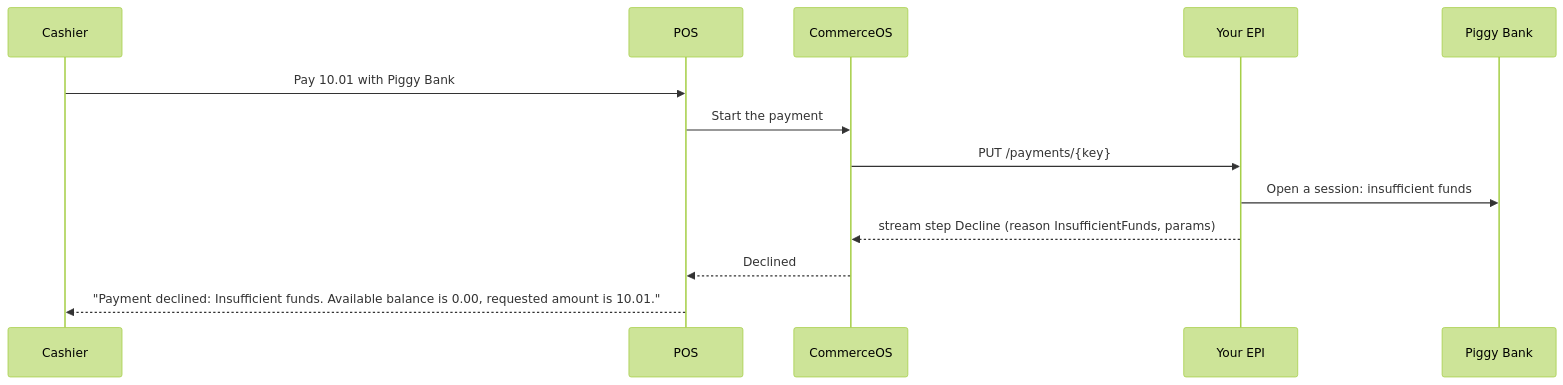
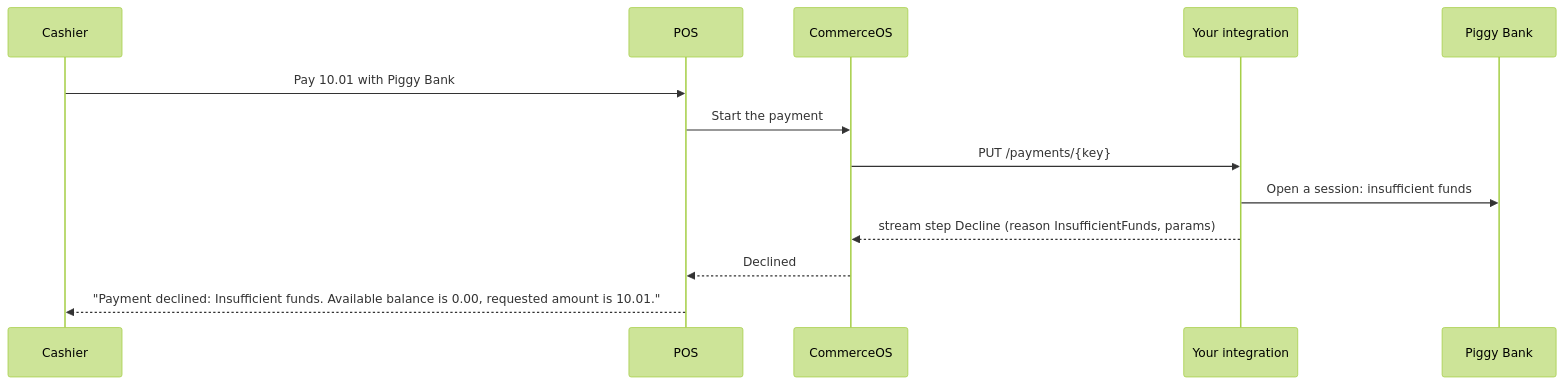
One commit to ByHeads/commerceos-api-reference changed the first of 4 diagrams in guide/examples/payment-epi/flows.md. Above: the diagram before and after it, drawn with Mermaid (forest theme). The commit also changed other lines of this file and 19 other files, not shown here.

First line of the commit message:
docs(payment-epi): the partner builds an integration, and its credential comes from install

````diff
--- a/guide/examples/payment-epi/flows.md
+++ b/guide/examples/payment-epi/flows.md
@@ -8,15 +8,15 @@
 ```mermaid
 sequenceDiagram
     participant Cashier
     participant POS
     participant CommerceOS
-    participant EPI as Your EPI
+    participant Integration as Your integration
     participant Bank as Piggy Bank
     Cashier->>POS: Pay 10.01 with Piggy Bank
     POS->>CommerceOS: Start the payment
-    CommerceOS->>EPI: PUT /payments/{key}
-    EPI->>Bank: Open a session: insufficient funds
-    EPI-->>CommerceOS: stream step Decline (reason InsufficientFunds, params)
+    CommerceOS->>Integration: PUT /payments/{key}
+    Integration->>Bank: Open a session: insufficient funds
+    Integration-->>CommerceOS: stream step Decline (reason InsufficientFunds, params)
     CommerceOS-->>POS: Declined
     POS-->>Cashier: "Payment declined: Insufficient funds. Available balance is 0.00, requested amount is 10.01."
 ```
````
